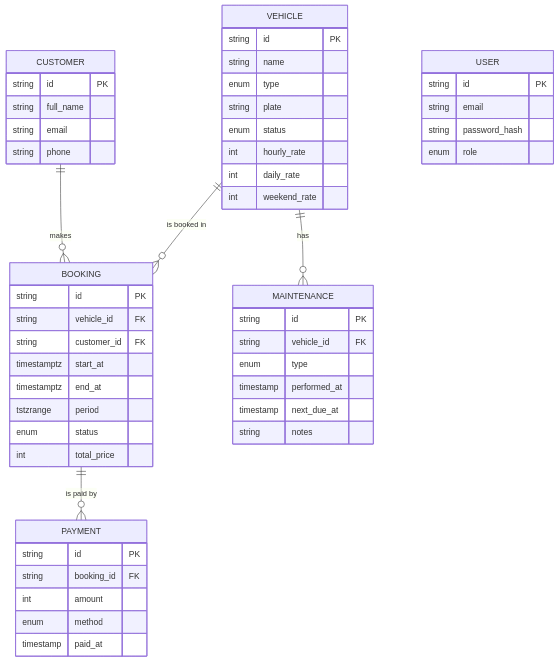
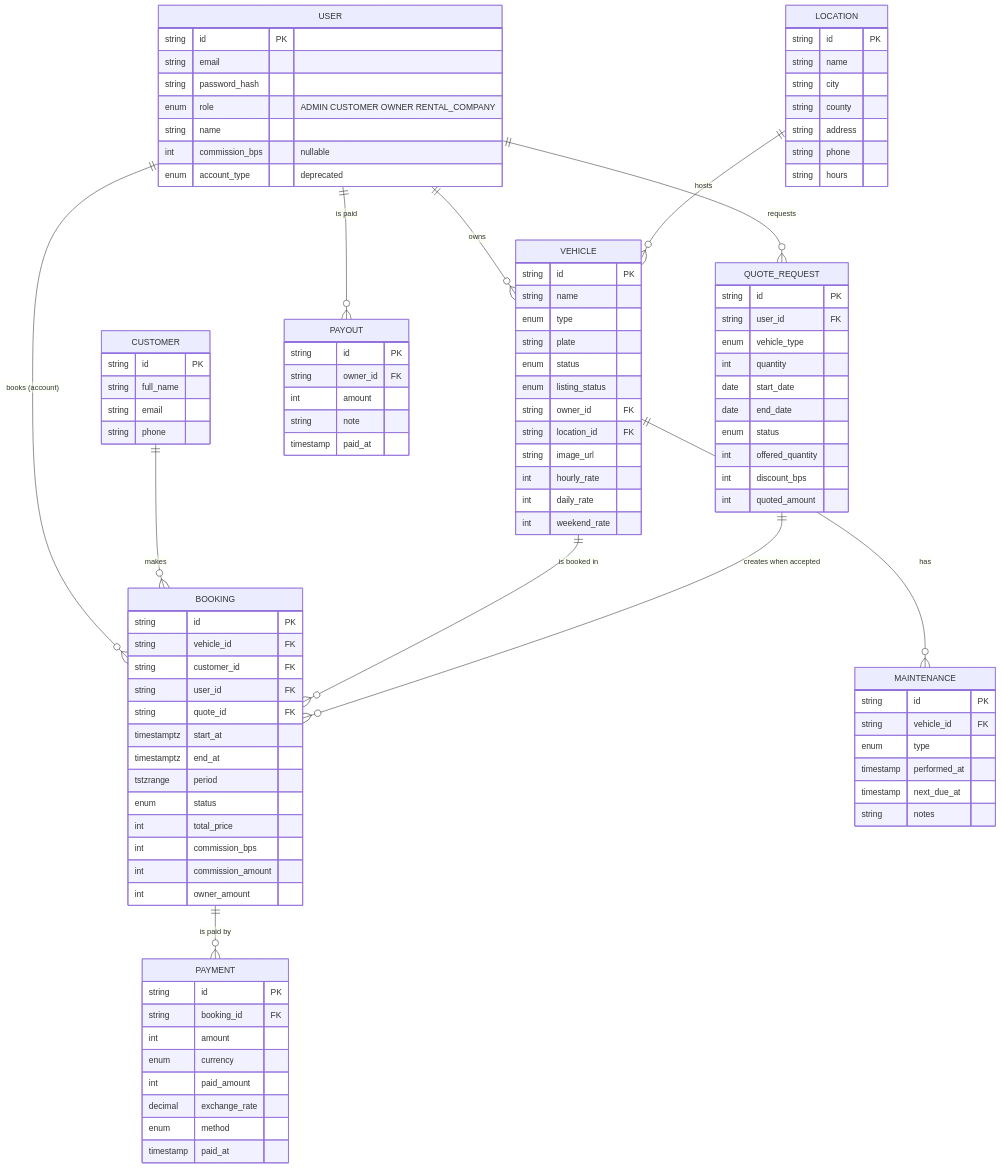
Before and after one commit to TG-Jorj-2005/Moto-Atv-Rental: the second of 2 diagrams in README.md, drawn with Mermaid. The commit also changed other lines of this file and 3 other files, not shown here.

````diff
--- a/README.md
+++ b/README.md
@@ -45,14 +131,23 @@
 ```mermaid
 erDiagram
+    USER ||--o{ VEHICLE : owns
+    USER ||--o{ BOOKING : "books (account)"
+    USER ||--o{ QUOTE_REQUEST : requests
+    USER ||--o{ PAYOUT : "is paid"
+    LOCATION ||--o{ VEHICLE : "hosts"
     CUSTOMER ||--o{ BOOKING : makes
     VEHICLE  ||--o{ BOOKING : "is booked in"
     BOOKING  ||--o{ PAYMENT : "is paid by"
+    QUOTE_REQUEST ||--o{ BOOKING : "creates when accepted"
     VEHICLE  ||--o{ MAINTENANCE : has
 
-    USER { string id PK  string email  string password_hash  enum role }
+    USER { string id PK  string email  string password_hash  enum role "ADMIN CUSTOMER OWNER RENTAL_COMPANY"  string name  int commission_bps "nullable"  enum account_type "deprecated" }
     CUSTOMER { string id PK  string full_name  string email  string phone }
-    VEHICLE { string id PK  string name  enum type  string plate  enum status  int hourly_rate  int daily_rate  int weekend_rate }
-    BOOKING { string id PK  string vehicle_id FK  string customer_id FK  timestamptz start_at  timestamptz end_at  tstzrange period  enum status  int total_price }
-    PAYMENT { string id PK  string booking_id FK  int amount  enum method  timestamp paid_at }
+    LOCATION { string id PK  string name  string city  string county  string address  string phone  string hours }
+    VEHICLE { string id PK  string name  enum type  string plate  enum status  enum listing_status  string owner_id FK  string location_id FK  string image_url  int hourly_rate  int daily_rate  int weekend_rate }
+    BOOKING { string id PK  string vehicle_id FK  string customer_id FK  string user_id FK  string quote_id FK  timestamptz start_at  timestamptz end_at  tstzrange period  enum status  int total_price  int commission_bps  int commission_amount  int owner_amount }
+    PAYMENT { string id PK  string booking_id FK  int amount  enum currency  int paid_amount  decimal exchange_rate  enum method  timestamp paid_at }
+    PAYOUT { string id PK  string owner_id FK  int amount  string note  timestamp paid_at }
+    QUOTE_REQUEST { string id PK  string user_id FK  enum vehicle_type  int quantity  date start_date  date end_date  enum status  int offered_quantity  int discount_bps  int quoted_amount }
     MAINTENANCE { string id PK  string vehicle_id FK  enum type  timestamp performed_at  timestamp next_due_at  string notes }
 ```
````
